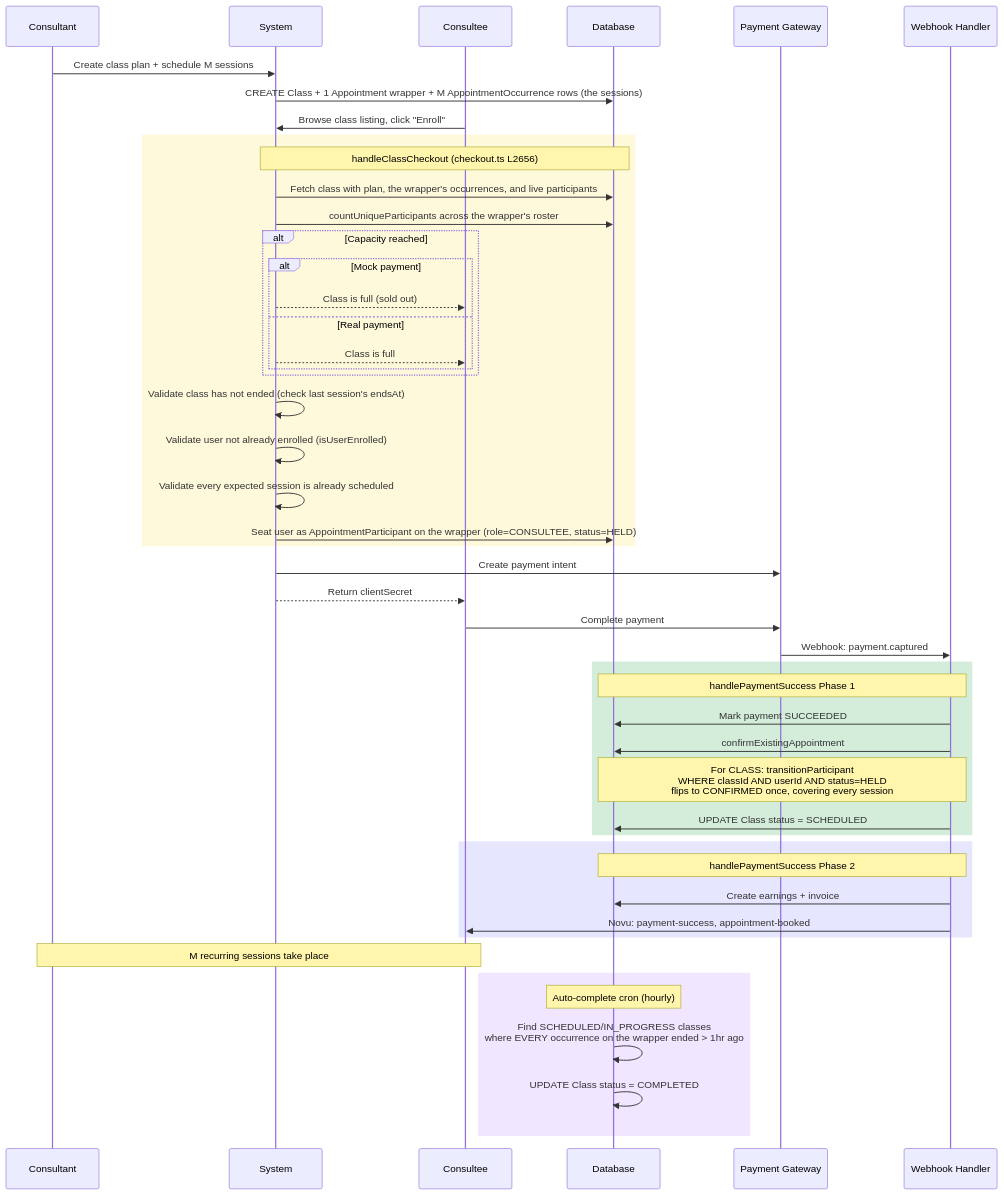
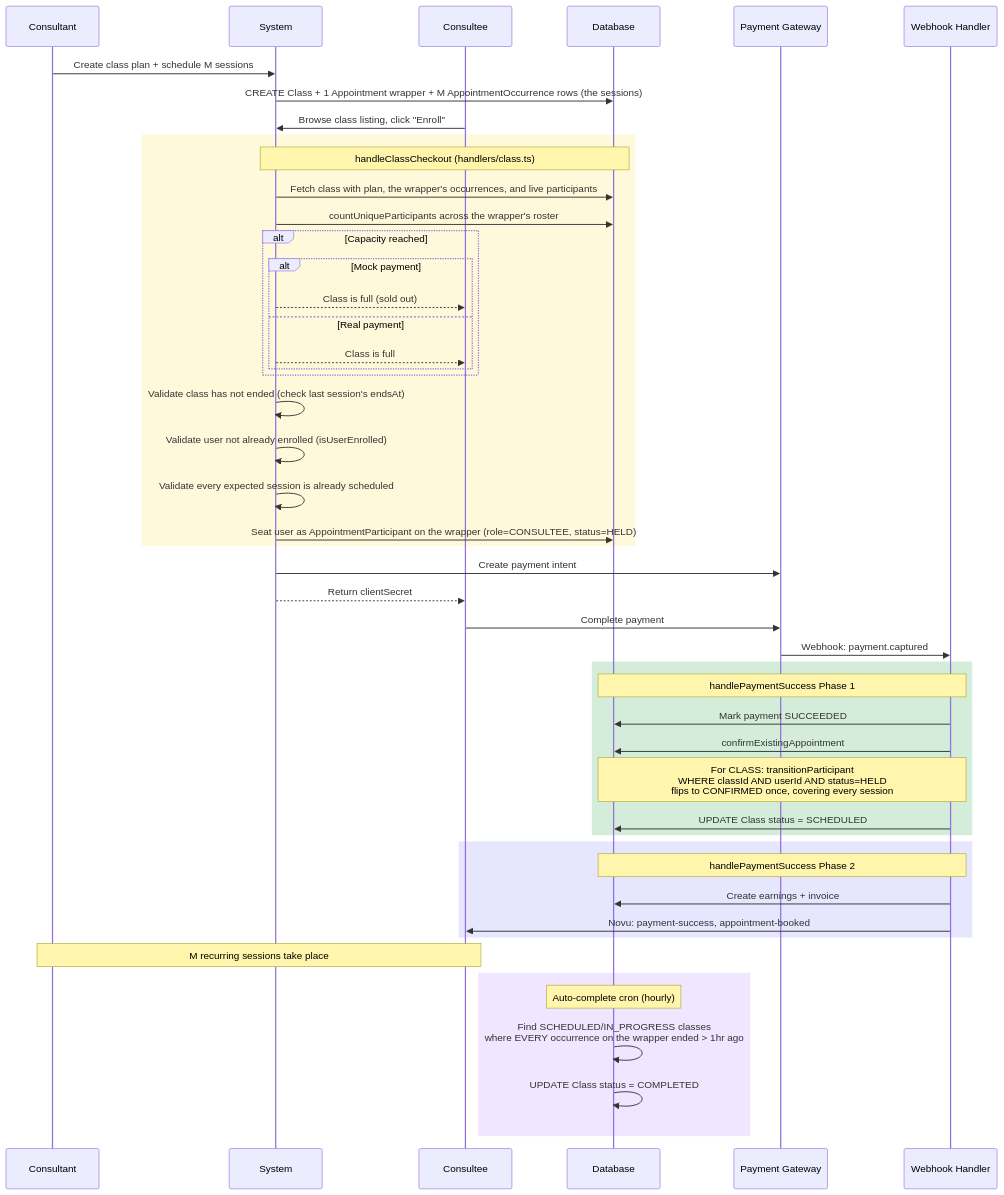
Before and after one commit to Practitionist/familiarise_web: the seventh of 16 diagrams in docs/booking/06-booking-lifecycle.md, drawn with Mermaid. The commit also changed other lines of this file and 78 other files, not shown here.

````diff
--- a/docs/booking/06-booking-lifecycle.md
+++ b/docs/booking/06-booking-lifecycle.md
@@ -546,61 +544,61 @@
 ```mermaid
 sequenceDiagram
     participant CT as Consultant
     participant SYS as System
     participant CE as Consultee
     participant DB as Database
     participant GW as Payment Gateway
     participant WH as Webhook Handler
 
     CT->>SYS: Create class plan + schedule M sessions
     SYS->>DB: CREATE Class + 1 Appointment wrapper + M AppointmentOccurrence rows (the sessions)
 
     CE->>SYS: Browse class listing, click "Enroll"
 
     rect rgb(255, 249, 220)
-        Note over SYS,DB: handleClassCheckout (checkout.ts L2656)
+        Note over SYS,DB: handleClassCheckout (handlers/class.ts)
         SYS->>DB: Fetch class with plan, the wrapper's occurrences, and live participants
         SYS->>DB: countUniqueParticipants across the wrapper's roster
 
         alt Capacity reached
             alt Mock payment
                 SYS-->>CE: Class is full (sold out)
             else Real payment
                 SYS-->>CE: Class is full
             end
         end
 
         SYS->>SYS: Validate class has not ended (check last session's endsAt)
         SYS->>SYS: Validate user not already enrolled (isUserEnrolled)
         SYS->>SYS: Validate every expected session is already scheduled
 
         SYS->>DB: Seat user as AppointmentParticipant on the wrapper (role=CONSULTEE, status=HELD)
     end
 
     SYS->>GW: Create payment intent
     SYS-->>CE: Return clientSecret
     CE->>GW: Complete payment
     GW->>WH: Webhook: payment.captured
 
     rect rgb(212, 237, 218)
         Note over WH,DB: handlePaymentSuccess Phase 1
         WH->>DB: Mark payment SUCCEEDED
         WH->>DB: confirmExistingAppointment
         Note over WH,DB: For CLASS: transitionParticipant<br/>WHERE classId AND userId AND status=HELD<br/>flips to CONFIRMED once, covering every session
         WH->>DB: UPDATE Class status = SCHEDULED
     end
 
     rect rgb(230, 230, 255)
         Note over WH,DB: handlePaymentSuccess Phase 2
         WH->>DB: Create earnings + invoice
         WH->>CE: Novu: payment-success, appointment-booked
     end
 
     Note over CT,CE: M recurring sessions take place
 
     rect rgb(240, 230, 255)
         Note over DB: Auto-complete cron (hourly)
         DB->>DB: Find SCHEDULED/IN_PROGRESS classes<br/>where EVERY occurrence on the wrapper ended > 1hr ago
         DB->>DB: UPDATE Class status = COMPLETED
     end
 ```
````
